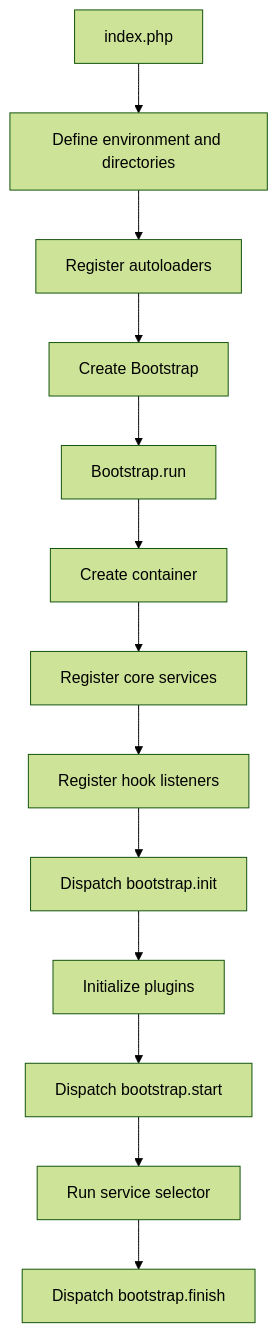
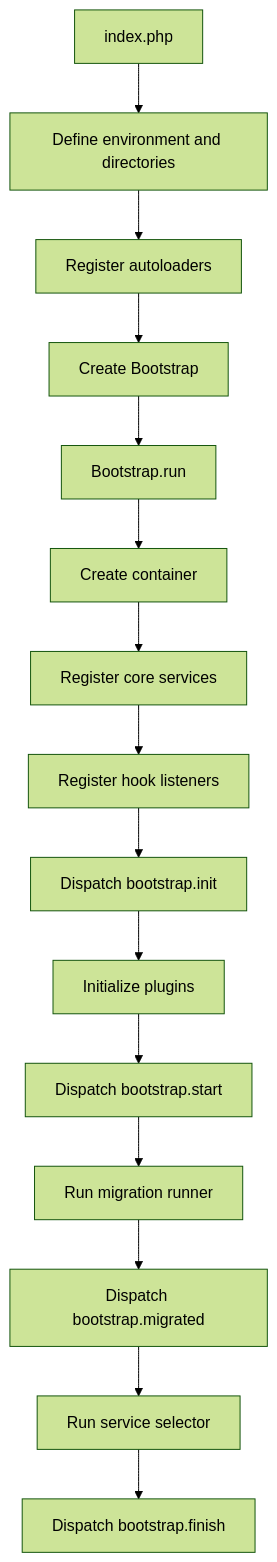
The first of 4 diagrams in docs/bootstrap.md (ddbase3/Base3Framework), drawn with Mermaid (forest theme) before and after one commit. The commit also changed other lines of this file and 14 other files, not shown here.

````diff
--- a/docs/bootstrap.md
+++ b/docs/bootstrap.md
@@ -58,15 +59,17 @@
 ```mermaid id="4lg8um"
 flowchart TD
 	A[index.php] --> B[Define environment and directories]
 	B --> C[Register autoloaders]
 	C --> D[Create Bootstrap]
 	D --> E[Bootstrap.run]
 	E --> F[Create container]
 	F --> G[Register core services]
 	G --> H[Register hook listeners]
 	H --> I[Dispatch bootstrap.init]
 	I --> J[Initialize plugins]
 	J --> K[Dispatch bootstrap.start]
-	K --> L[Run service selector]
-	L --> M[Dispatch bootstrap.finish]
+	K --> L[Run migration runner]
+	L --> M[Dispatch bootstrap.migrated]
+	M --> N[Run service selector]
+	N --> O[Dispatch bootstrap.finish]
 ```
````
